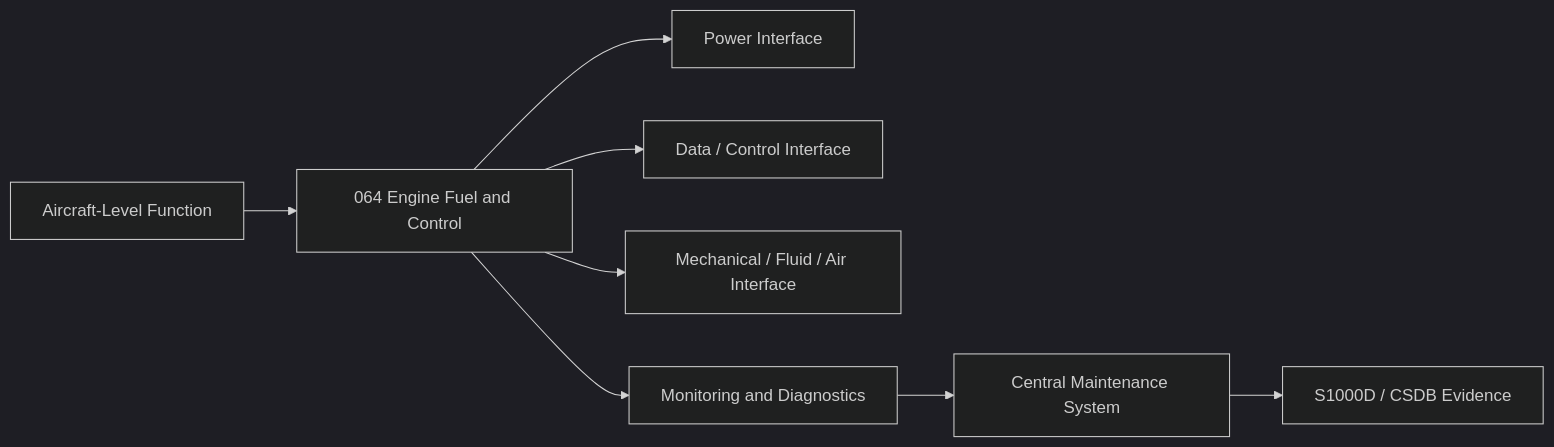
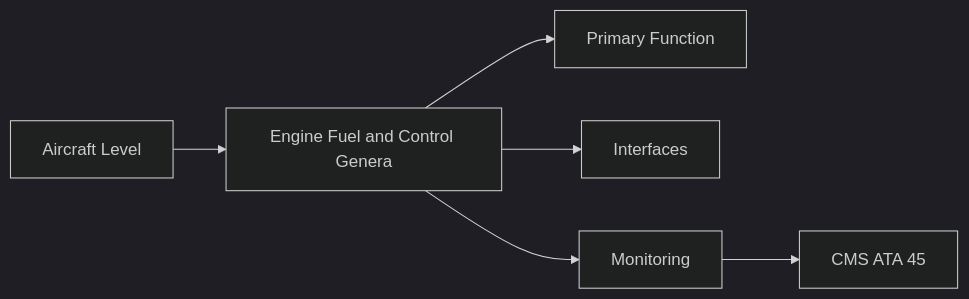
One commit to AmedeoPelliccia/Qplus-For-All-Queer-People-and-Quantum changed the first of 2 diagrams in Q+ATLANTIDE/000-099_ATLAS/060-069_Propulsion-Tradicional/064_Engine-Fuel-and-Control/064-000-Engine-Fuel-and-Control-General.md. Above: the diagram before and after it, drawn with Mermaid (dark theme). The commit also changed other lines of this file and 74 other files, not shown here.

````diff
--- a/Q+ATLANTIDE/000-099_ATLAS/060-069_Propulsion-Tradicional/064_Engine-Fuel-and-Control/064-000-Engine-Fuel-and-Control-General.md
+++ b/Q+ATLANTIDE/000-099_ATLAS/060-069_Propulsion-Tradicional/064_Engine-Fuel-and-Control/064-000-Engine-Fuel-and-Control-General.md
@@ -153,10 +91,8 @@
 ```mermaid
 flowchart LR
-    A[Aircraft-Level Function] --> B[064 Engine Fuel and Control]
-    B --> C[Power Interface]
-    B --> D[Data / Control Interface]
-    B --> E[Mechanical / Fluid / Air Interface]
-    B --> F[Monitoring and Diagnostics]
-    F --> G[Central Maintenance System]
-    G --> H[S1000D / CSDB Evidence]
+    A[Aircraft Level] --> B[Engine Fuel and Control Genera]
+    B --> C[Primary Function]
+    B --> D[Interfaces]
+    B --> E[Monitoring]
+    E --> F[CMS ATA 45]
 ```
````
